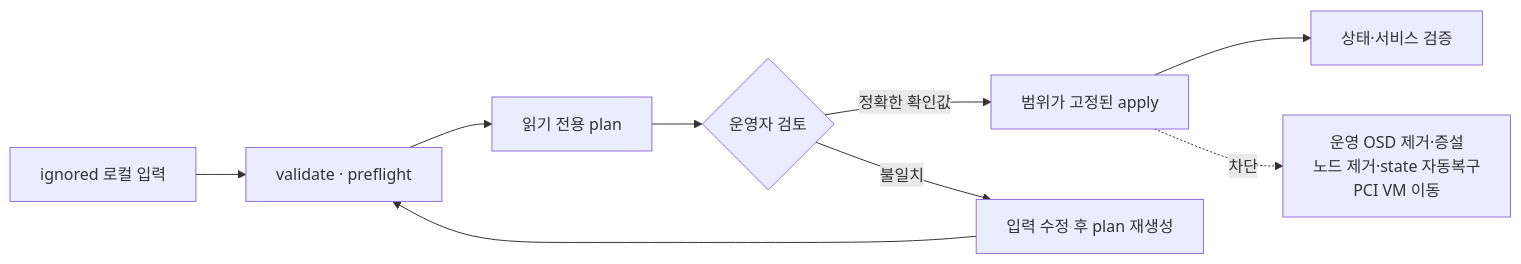
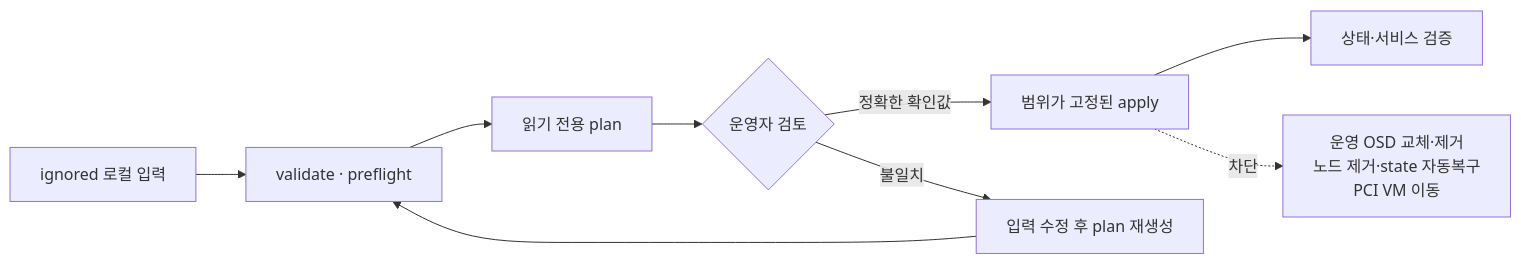
The diagram in docs/architecture/automation-boundaries.md (overture-1928/Infra), drawn with Mermaid before and after one commit. The commit also changed other lines of this file and 12 other files, not shown here.

````diff
--- a/docs/architecture/automation-boundaries.md
+++ b/docs/architecture/automation-boundaries.md
@@ -26,12 +27,12 @@
 ```mermaid
 flowchart LR
   INPUT["ignored 로컬 입력"] --> VALIDATE["validate · preflight"]
   VALIDATE --> PLAN["읽기 전용 plan"]
   PLAN --> REVIEW{"운영자 검토"}
   REVIEW -->|정확한 확인값| APPLY["범위가 고정된 apply"]
   APPLY --> VERIFY["상태·서비스 검증"]
   REVIEW -->|불일치| FIX["입력 수정 후 plan 재생성"]
   FIX --> VALIDATE
 
-  APPLY -. 차단 .-> BLOCKED["운영 OSD 제거·증설<br/>노드 제거·state 자동복구<br/>PCI VM 이동"]
+  APPLY -. 차단 .-> BLOCKED["운영 OSD 교체·제거<br/>노드 제거·state 자동복구<br/>PCI VM 이동"]
 ```
````
